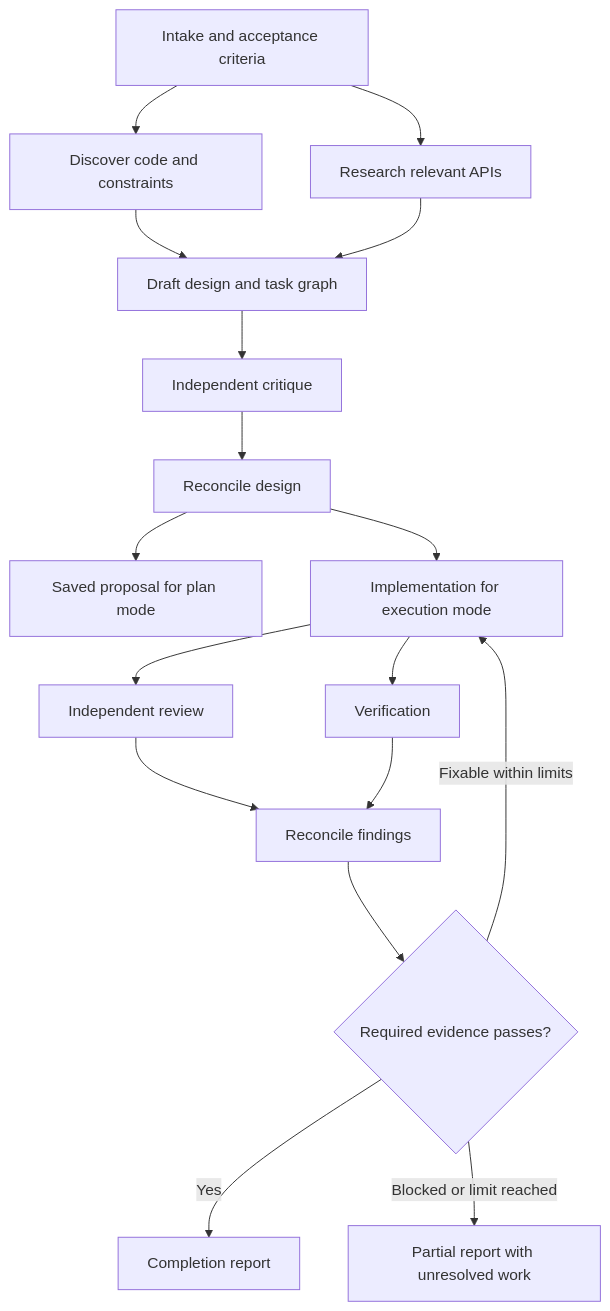
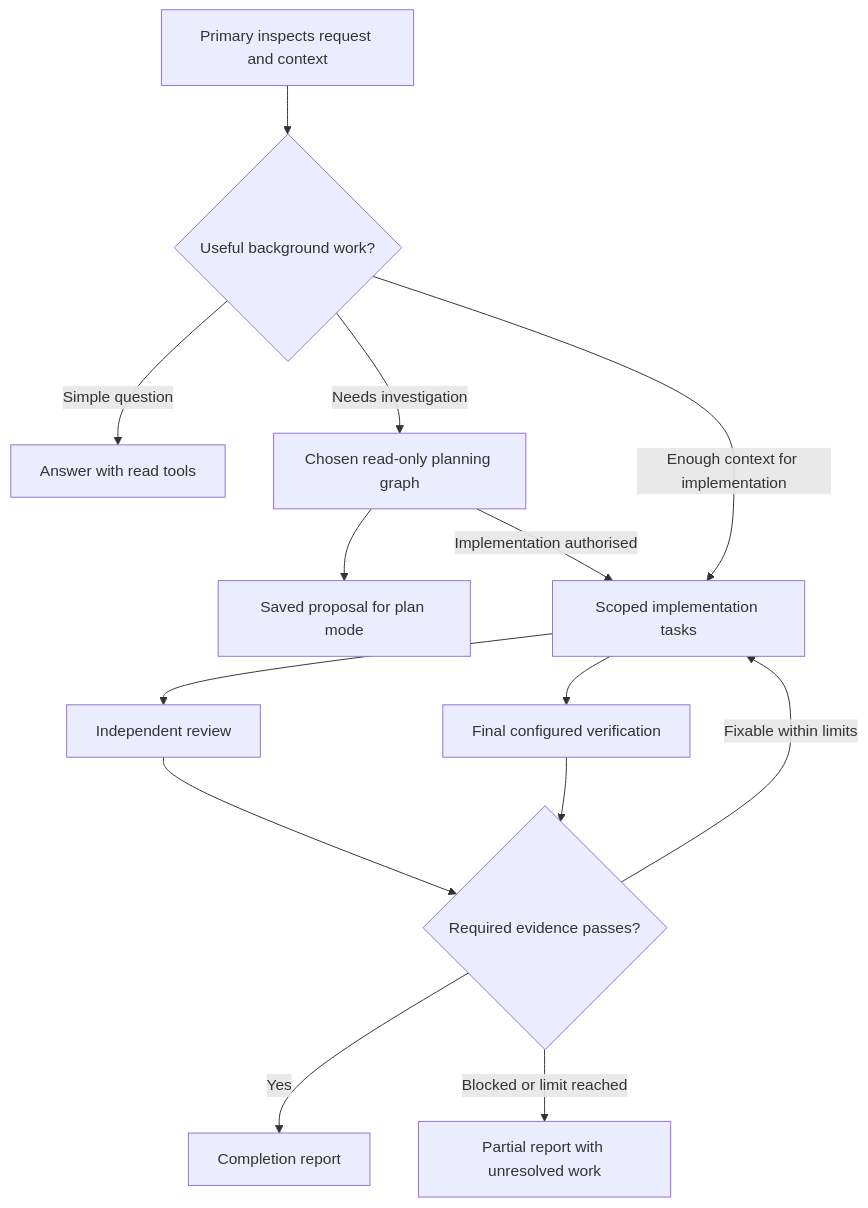
The first of 2 diagrams in docs/design.md (expiracy/gigacode), drawn with Mermaid before and after one commit. The commit also changed other lines of this file and 19 other files, not shown here.

````diff
--- a/docs/design.md
+++ b/docs/design.md
@@ -89,19 +89,16 @@
 ```mermaid
 flowchart TD
-    A[Intake and acceptance criteria] --> B[Discover code and constraints]
-    A --> C[Research relevant APIs]
-    B --> D[Draft design and task graph]
-    C --> D
-    D --> E[Independent critique]
-    E --> F[Reconcile design]
-    F --> P[Saved proposal for plan mode]
-    F --> G[Implementation for execution mode]
+    A[Primary inspects request and context] --> B{Useful background work?}
+    B -->|Simple question| C[Answer with read tools]
+    B -->|Needs investigation| D[Chosen read-only planning graph]
+    D --> P[Saved proposal for plan mode]
+    D -->|Implementation authorised| G[Scoped implementation tasks]
+    B -->|Enough context for implementation| G
     G --> H[Independent review]
-    G --> I[Verification]
-    H --> J[Reconcile findings]
-    I --> J
-    J --> K{Required evidence passes?}
+    G --> I[Final configured verification]
+    H --> K{Required evidence passes?}
+    I --> K
     K -->|Yes| L[Completion report]
     K -->|Fixable within limits| G
     K -->|Blocked or limit reached| M[Partial report with unresolved work]
 ```
````
